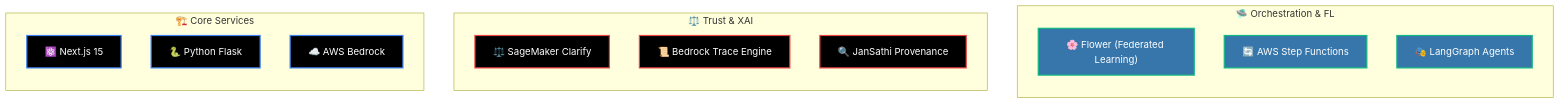
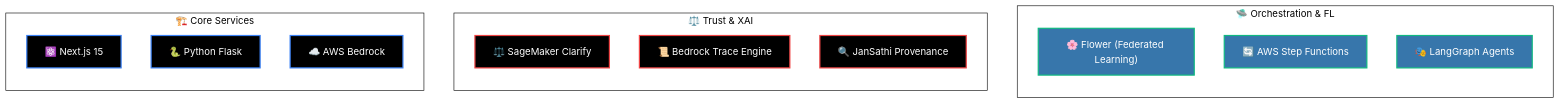
One commit to shalcoder/JanSathi changed the third of 6 diagrams in README.md. Above: the diagram before and after it, drawn with Mermaid. The commit also changed other lines of this file and 2 other files, not shown here.

Commit message:
docs: Update architecture diagrams with real icons and detailed flow

````diff
--- a/README.md
+++ b/README.md
@@ -96,28 +131,29 @@
 ```mermaid
+%%{init: {'theme': 'base', 'themeVariables': { 'primaryColor': '#ffffff', 'edgeLabelBackground':'#ffffff', 'tertiaryColor': '#ffffff', 'mainBkg': '#ffffff', 'clusterBkg': '#ffffff', 'nodeBorder': '#000000', 'clusterBorder': '#000000', 'lineColor': '#000000'}}}%%
 graph TB
     %% Styling
     classDef fe fill:#000,stroke:#3b82f6,stroke-width:2px,color:#fff
     classDef be fill:#3776ab,stroke:#10b981,stroke-width:2px,color:#fff
     classDef cloud fill:#000,stroke:#ef4444,stroke-width:2px,color:#fff
 
     subgraph "🛸 Orchestration & FL"
         direction TB
         FL["🌸 Flower (Federated Learning)"]:::be
         SF["🔄 AWS Step Functions"]:::be
         Lang["🎭 LangGraph Agents"]:::be
     end
     
     subgraph "⚖️ Trust & XAI"
         direction TB
         Clarify["⚖️ SageMaker Clarify"]:::cloud
         Trace["📜 Bedrock Trace Engine"]:::cloud
         Prov["🔍 JanSathi Provenance"]:::cloud
     end
     
     subgraph "🏗️ Core Services"
         direction TB
         NextJS["⚛️ Next.js 15"]:::fe
         Flask["🐍 Python Flask"]:::fe
         Bedrock["☁️ AWS Bedrock"]:::fe
     end
 ```
````
